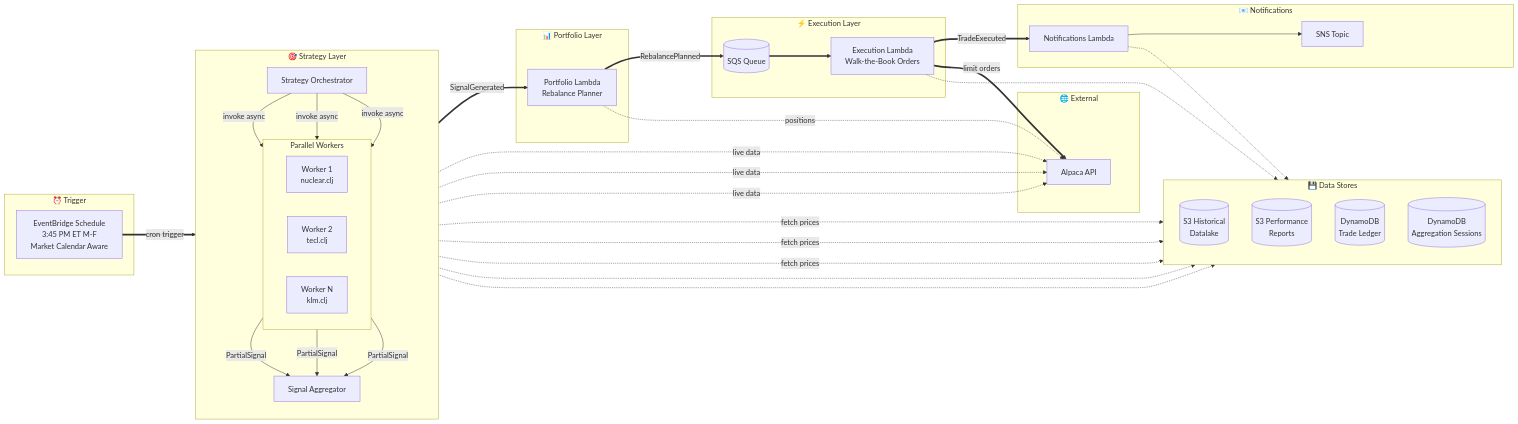
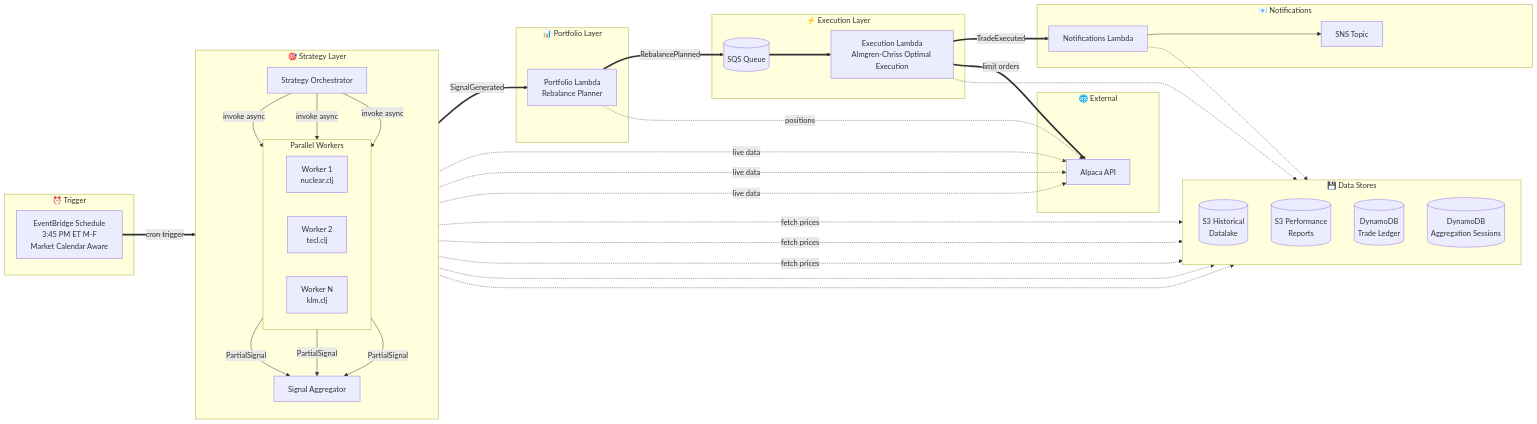
Before and after one commit to Josh-moreton/alchemiser-quant: the first of 2 diagrams in README.md, drawn with Mermaid. The commit also changed other lines of this file and 2 other files, not shown here.

Commit message:
Add documentation and tests for Almgren-Chriss execution

````diff
--- a/README.md
+++ b/README.md
@@ -15,72 +15,72 @@
 ```mermaid
 flowchart LR
     subgraph Trigger["⏰ Trigger"]
         SCHED[EventBridge Schedule<br/>3:45 PM ET M-F<br/>Market Calendar Aware]
     end
 
     subgraph Strategy["🎯 Strategy Layer"]
         direction TB
         SO[Strategy Orchestrator]
         subgraph Workers["Parallel Workers"]
             direction LR
             SW1[Worker 1<br/>nuclear.clj]
             SW2[Worker 2<br/>tecl.clj]
             SWN[Worker N<br/>klm.clj]
         end
         SA[Signal Aggregator]
         SO -->|invoke async| SW1
         SO -->|invoke async| SW2
         SO -->|invoke async| SWN
         SW1 -->|PartialSignal| SA
         SW2 -->|PartialSignal| SA
         SWN -->|PartialSignal| SA
     end
 
     subgraph Portfolio["📊 Portfolio Layer"]
         P[Portfolio Lambda<br/>Rebalance Planner]
     end
 
     subgraph Execution["⚡ Execution Layer"]
         SQS[(SQS Queue)]
-        E[Execution Lambda<br/>Walk-the-Book Orders]
+        E[Execution Lambda<br/>Almgren-Chriss Optimal Execution]
     end
 
     subgraph Notifications["📧 Notifications"]
         N[Notifications Lambda]
         SNS[SNS Topic]
     end
 
     subgraph DataStores["💾 Data Stores"]
         direction TB
         S3_DATA[(S3 Historical<br/>Datalake)]
         S3_REPORTS[(S3 Performance<br/>Reports)]
         DDB_LEDGER[(DynamoDB<br/>Trade Ledger)]
         DDB_AGG[(DynamoDB<br/>Aggregation Sessions)]
     end
 
     subgraph External["🌐 External"]
         ALPACA[Alpaca API]
     end
 
     %% Main Flow
     SCHED ==>|cron trigger| SO
     SA ==>|SignalGenerated| P
     P ==>|RebalancePlanned| SQS
     SQS ==> E
     E ==>|TradeExecuted| N
     N --> SNS
 
     %% Data Access
     SW1 -.->|fetch prices| S3_DATA
     SW2 -.->|fetch prices| S3_DATA
     SWN -.->|fetch prices| S3_DATA
     SW1 -.->|live data| ALPACA
     SW2 -.->|live data| ALPACA
     SWN -.->|live data| ALPACA
     SO -.-> DDB_AGG
     SA -.-> DDB_AGG
     P -.->|positions| ALPACA
     E ==>|limit orders| ALPACA
     E -.-> DDB_LEDGER
     N -.-> S3_REPORTS
 ```
````
